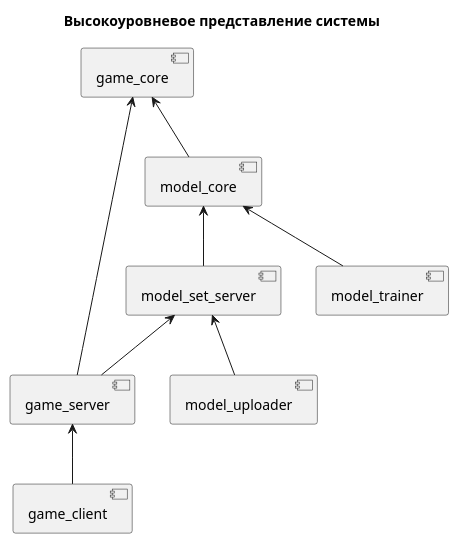
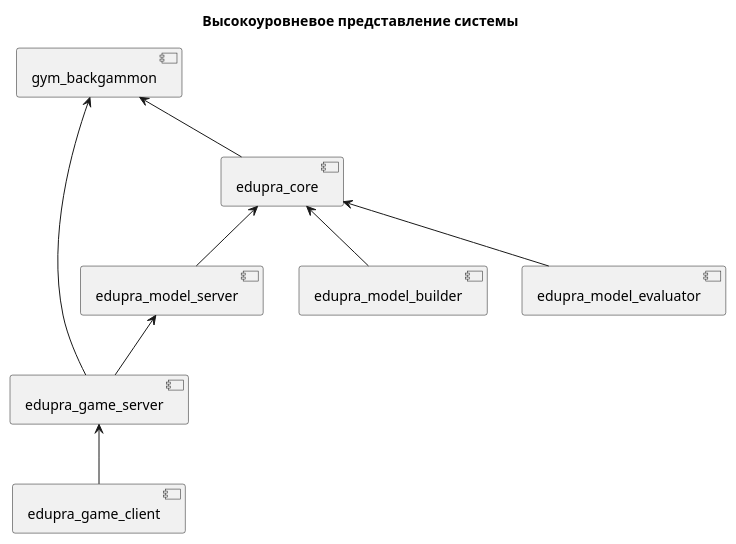
The diagram in src/works/1/high-level-design.puml (Niapollab/VSU-scientific-activities), drawn with PlantUML before and after one commit. The commit also changed 2 other files, not shown here.

```diff
--- a/src/works/1/high-level-design.puml
+++ b/src/works/1/high-level-design.puml
@@ -1,21 +1,21 @@
 @startuml
 title Высокоуровневое представление системы
 
-component game_client
-component game_server
-component game_core
-component model_set_server
-component model_trainer
-component model_uploader
-component model_core
+component edupra_game_client
+component edupra_game_server
+component gym_backgammon
+component edupra_model_server
+component edupra_model_builder
+component edupra_model_evaluator
+component edupra_core
 
-game_server <-- game_client
-game_core   <-- game_server
-model_set_server  <-- game_server
+edupra_game_server <-- edupra_game_client
+gym_backgammon  <-- edupra_game_server
+edupra_model_server  <-- edupra_game_server
 
-game_core   <-- model_core
-model_core  <-- model_set_server
-model_core  <-- model_trainer
+gym_backgammon  <-- edupra_core
+edupra_core  <-- edupra_model_server
+edupra_core  <-- edupra_model_builder
 
-model_set_server  <-- model_uploader
+edupra_core  <-- edupra_model_evaluator
 @enduml
```
